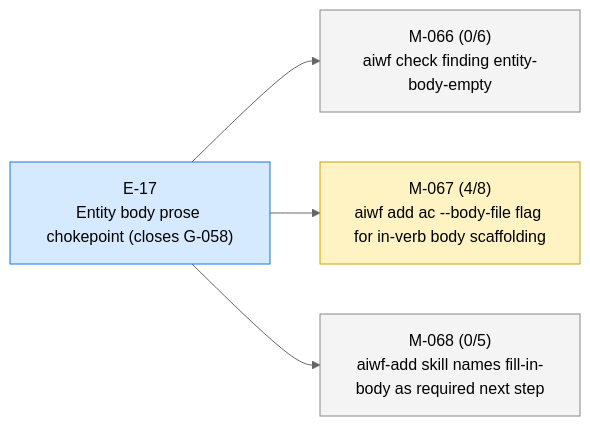
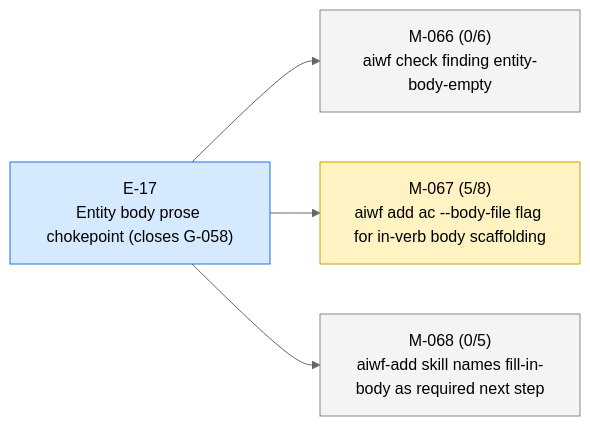
One commit to 23min/aiwf changed the first of 4 diagrams in STATUS.md. Above: the diagram before and after it, drawn with Mermaid (neutral theme). The commit also changed other lines of this file and 1 other file, not shown here.

First line of the commit message:
aiwf promote M-067/AC-5 open -> met

````diff
--- a/STATUS.md
+++ b/STATUS.md
@@ -13,16 +13,16 @@
 ```mermaid
 flowchart LR
   E_17["E-17<br/>Entity body prose chokepoint (closes G-058)"]:::epic_active
   M_066["M-066 (0/6)<br/>aiwf check finding entity-body-empty"]:::ms_draft
   E_17 --> M_066
-  M_067["M-067 (4/8)<br/>aiwf add ac --body-file flag for in-verb body scaffolding"]:::ms_in_progress
+  M_067["M-067 (5/8)<br/>aiwf add ac --body-file flag for in-verb body scaffolding"]:::ms_in_progress
   E_17 --> M_067
   M_068["M-068 (0/5)<br/>aiwf-add skill names fill-in-body as required next step"]:::ms_draft
   E_17 --> M_068
   classDef epic_active fill:#d6eaff,stroke:#1a73e8,color:#000
   classDef epic_proposed fill:#f4f4f4,stroke:#888,color:#000
   classDef ms_done fill:#d8f5d8,stroke:#2a8a2a,color:#000
   classDef ms_in_progress fill:#fff3c4,stroke:#caa400,color:#000
   classDef ms_draft fill:#f4f4f4,stroke:#888,color:#000
   classDef ms_cancelled fill:#fbeaea,stroke:#c33,color:#000
 ```
````
